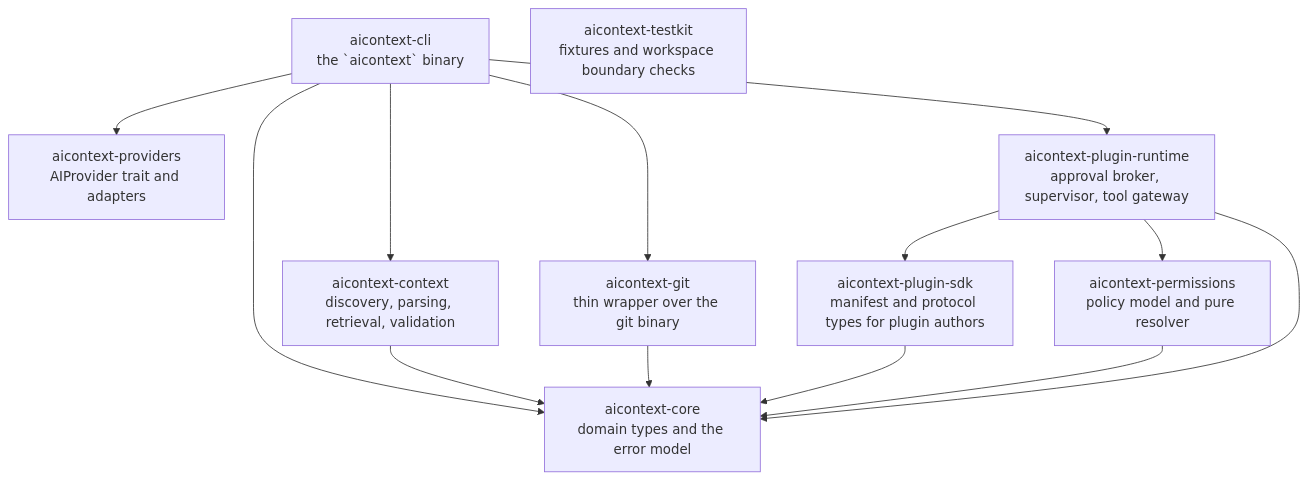
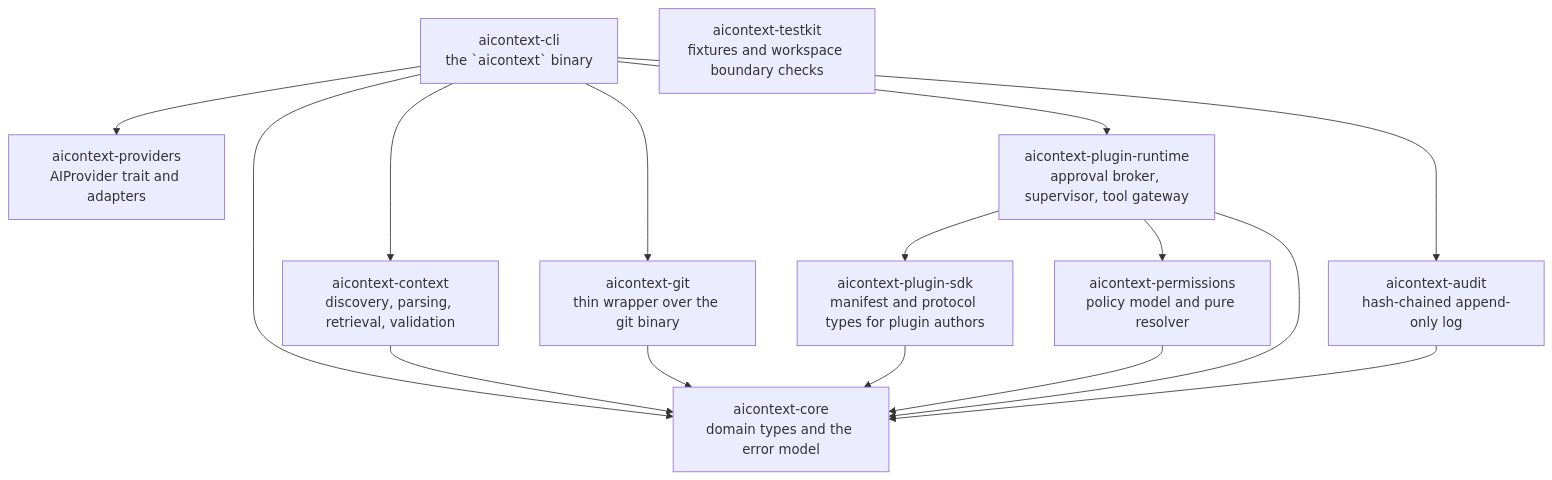
Before and after one commit to Vinit010/AI-Context-OS: the second of 2 diagrams in README.md, drawn with Mermaid. The commit also changed other lines of this file and 6 other files, not shown here.

````diff
--- a/README.md
+++ b/README.md
@@ -191,25 +194,28 @@
 ```mermaid
 flowchart TD
     CLI["aicontext-cli<br/>the `aicontext` binary"]
     CTX["aicontext-context<br/>discovery, parsing, retrieval, validation"]
     GIT["aicontext-git<br/>thin wrapper over the git binary"]
     CORE["aicontext-core<br/>domain types and the error model"]
     SDK["aicontext-plugin-sdk<br/>manifest and protocol types for plugin authors"]
     PERM["aicontext-permissions<br/>policy model and pure resolver"]
     PROV["aicontext-providers<br/>AIProvider trait and adapters"]
     RT["aicontext-plugin-runtime<br/>approval broker, supervisor, tool gateway"]
+    AUD["aicontext-audit<br/>hash-chained append-only log"]
     TK["aicontext-testkit<br/>fixtures and workspace boundary checks"]
 
     CLI --> CTX
     CLI --> GIT
     CLI --> CORE
     CLI --> PROV
     CLI --> RT
+    CLI --> AUD
     CTX --> CORE
     GIT --> CORE
     SDK --> CORE
     PERM --> CORE
     RT --> CORE
     RT --> PERM
     RT --> SDK
+    AUD --> CORE
 ```
````
